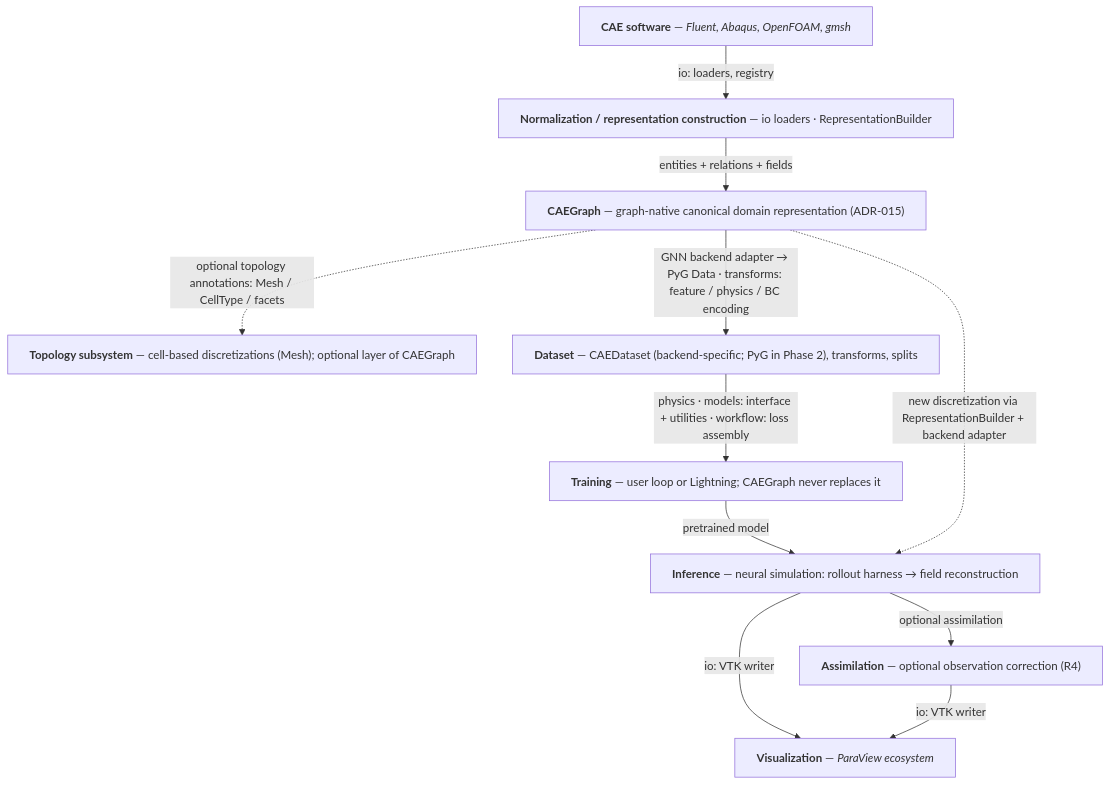
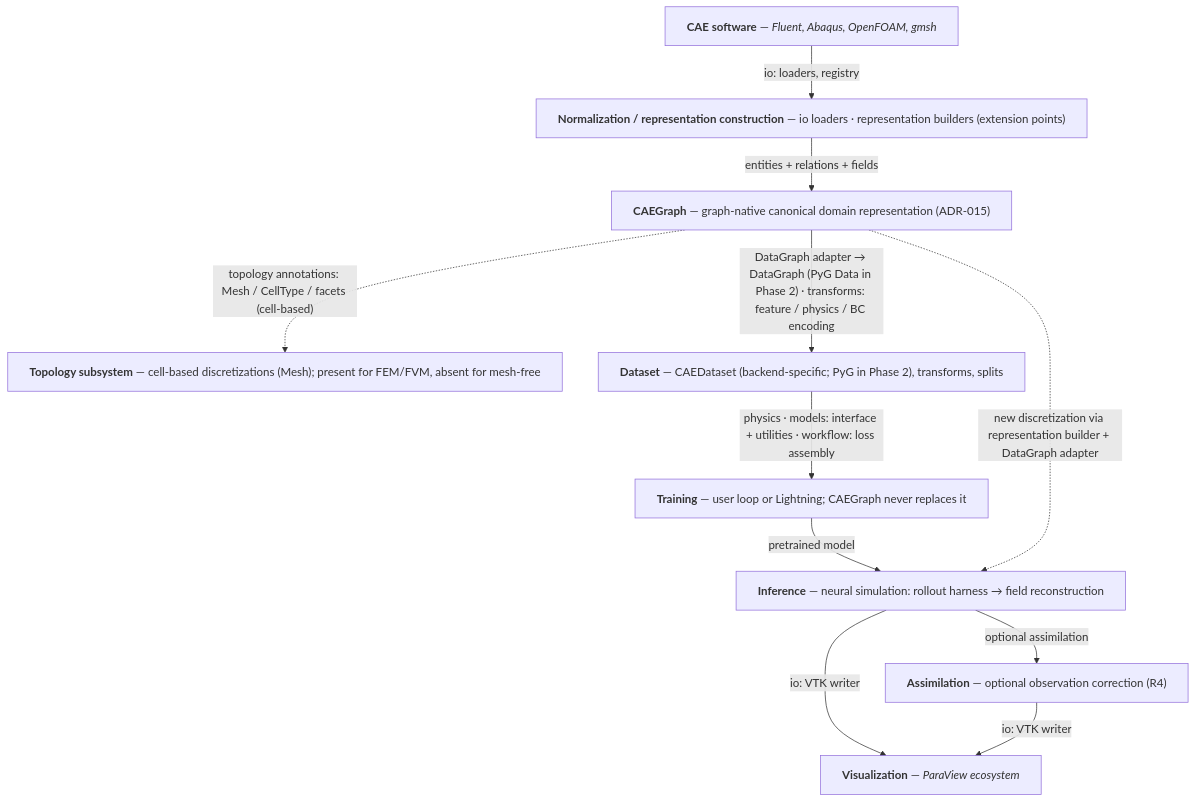
One commit to XYChouMian/caegraph changed the first of 4 diagrams in architecture/ARCHITECTURE.md. Above: the diagram before and after it, drawn with Mermaid. The commit also changed other lines of this file and 17 other files, not shown here.

````diff
--- a/architecture/ARCHITECTURE.md
+++ b/architecture/ARCHITECTURE.md
@@ -18,27 +20,27 @@
 ```mermaid
 flowchart TD
     classDef nowrap white-space:nowrap
 
     A["<b>CAE software</b> — <i>Fluent, Abaqus, OpenFOAM, gmsh</i>"]
-    B["<b>Normalization / representation construction</b> — io loaders · RepresentationBuilder"]
+    B["<b>Normalization / representation construction</b> — io loaders · representation builders (extension points)"]
     C["<b>CAEGraph</b> — graph-native canonical domain representation (ADR-015)"]
-    T["<b>Topology subsystem</b> — cell-based discretizations (Mesh); optional layer of CAEGraph"]
+    T["<b>Topology subsystem</b> — cell-based discretizations (Mesh); present for FEM/FVM, absent for mesh-free"]
     D["<b>Dataset</b> — CAEDataset (backend-specific; PyG in Phase 2), transforms, splits"]
     E["<b>Training</b> — user loop or Lightning; CAEGraph never replaces it"]
     F["<b>Inference</b> — neural simulation: rollout harness → field reconstruction"]
     G["<b>Assimilation</b> — optional observation correction (R4)"]
     H["<b>Visualization</b> — <i>ParaView ecosystem</i>"]
 
     A -->|"io: loaders, registry"| B
     B -->|"entities + relations + fields"| C
-    C -->|"GNN backend adapter → PyG Data · transforms: feature / physics / BC encoding"| D
+    C -->|"DataGraph adapter → DataGraph (PyG Data in Phase 2) · transforms: feature / physics / BC encoding"| D
     D -->|"physics · models: interface + utilities · workflow: loss assembly"| E
     E -->|"pretrained model"| F
-    C -.->|"new discretization via RepresentationBuilder + backend adapter"| F
-    C -.->|"optional topology annotations: Mesh / CellType / facets"| T
+    C -.->|"new discretization via representation builder + DataGraph adapter"| F
+    C -.->|"topology annotations: Mesh / CellType / facets (cell-based)"| T
     F -->|"io: VTK writer"| H
     F -->|"optional assimilation"| G
     G -->|"io: VTK writer"| H
 
     class A,B,C,D,E,F,G,H,T nowrap
 ```
````
